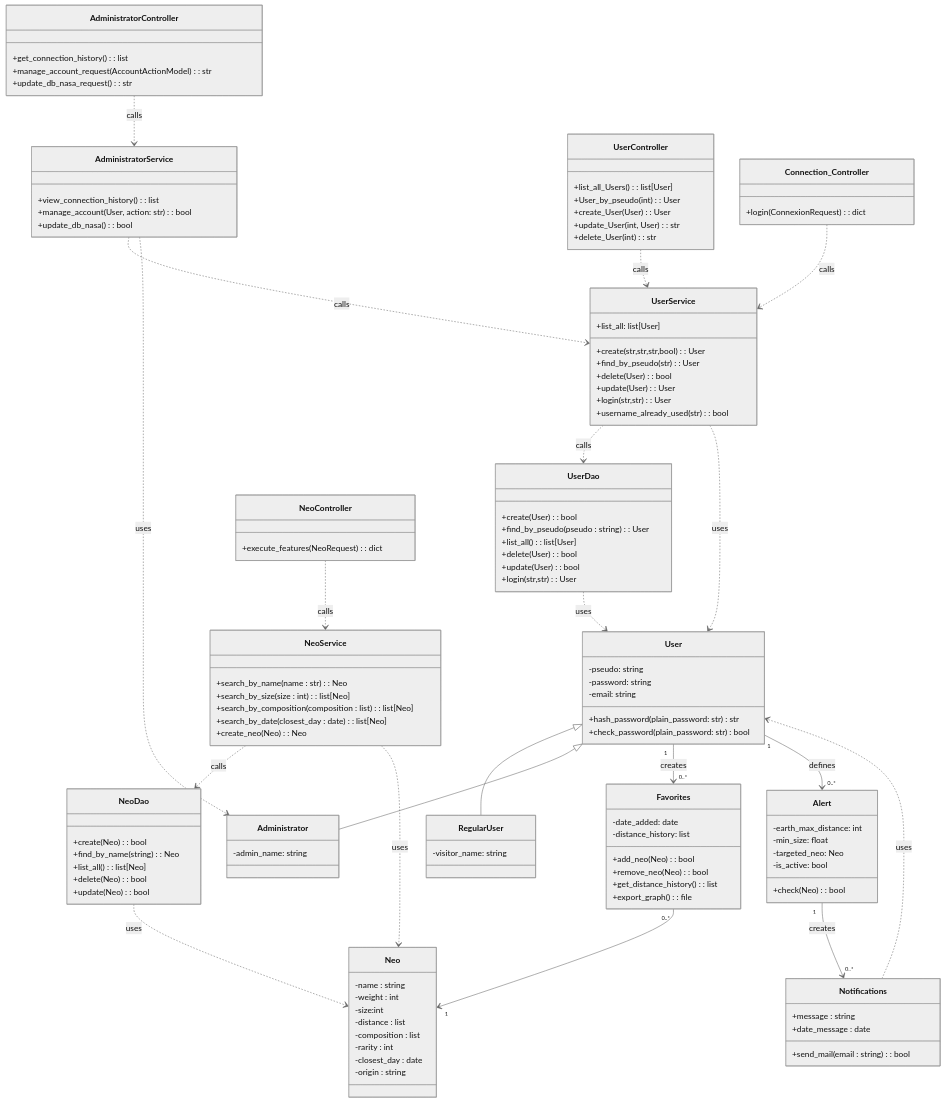
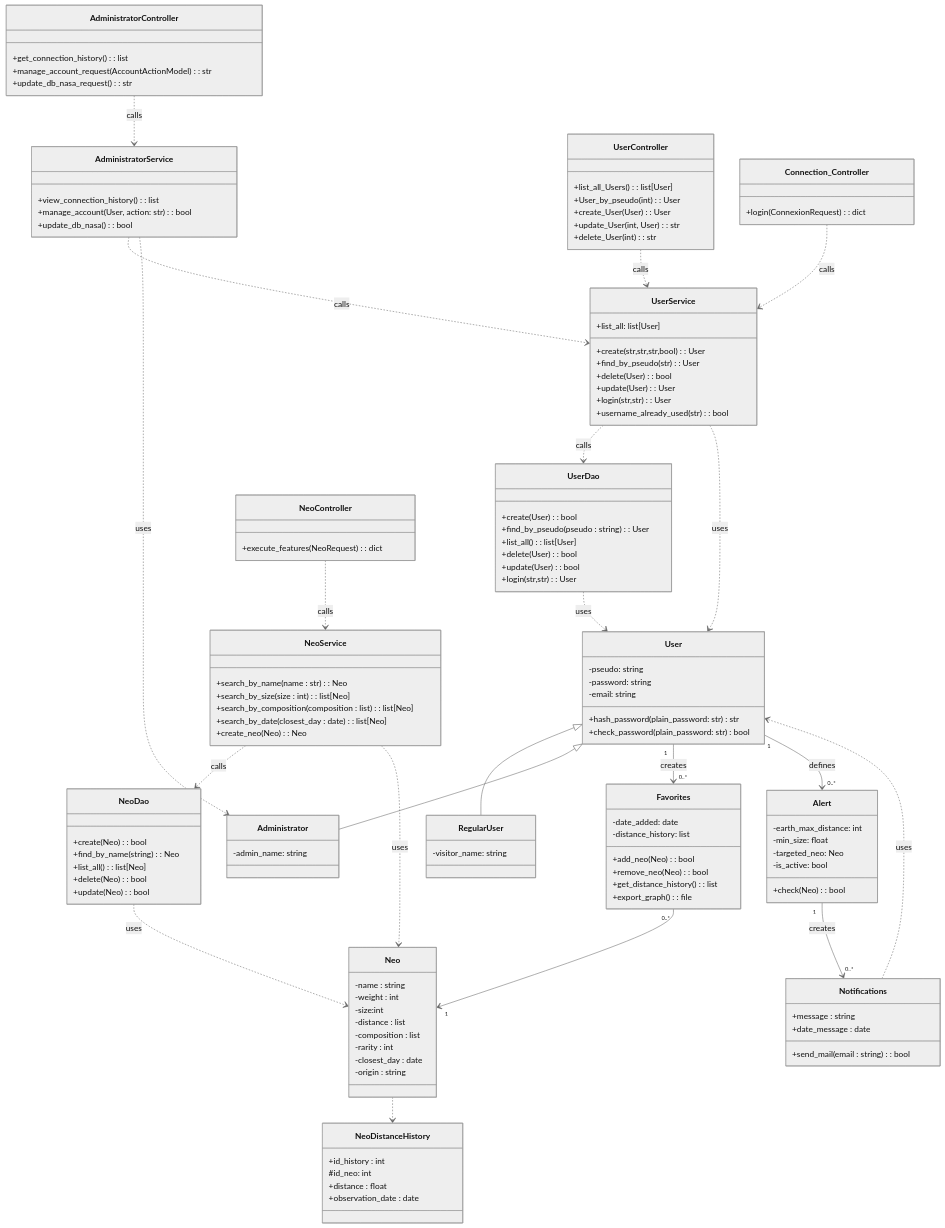
Before and after one commit to tristancabre/Projet-info-2A: the diagram in doc/class_diagram.md, drawn with Mermaid (neutral theme).

Commit message:
Modifs UML diag : Ajout NeoDistanceHistory.

````diff
--- a/doc/class_diagram.md
+++ b/doc/class_diagram.md
@@ -92,6 +92,12 @@
         +create_neo(Neo): Neo
     }
     
+    class NeoDistanceHistory {
+        +id_history : int
+        #id_neo: int
+        +distance : float
+        +observation_date : date
+    }
     class UserController {
         +list_all_Users(): list[User]
         +User_by_pseudo(int): User
@@ -151,5 +157,6 @@
     Notifications ..> User : uses
     User "1" --> "0..*" Alert : defines
     Alert "1" --> "0..*" Notifications : creates
+    Neo ..> NeoDistanceHistory 
 
 ```
````
